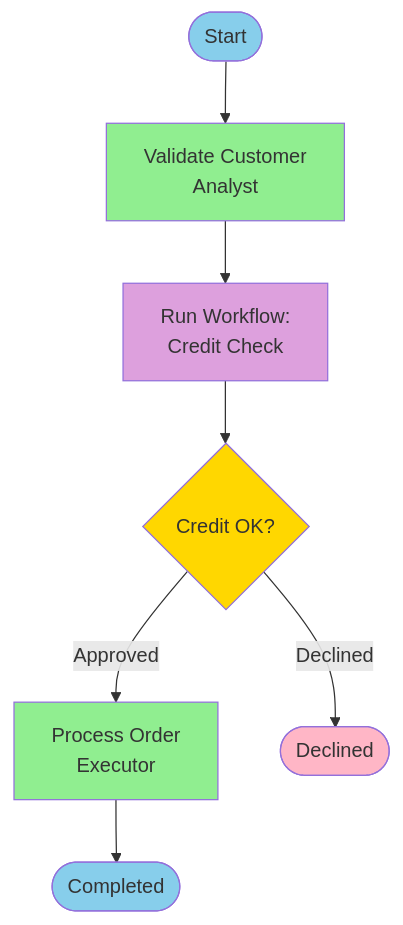
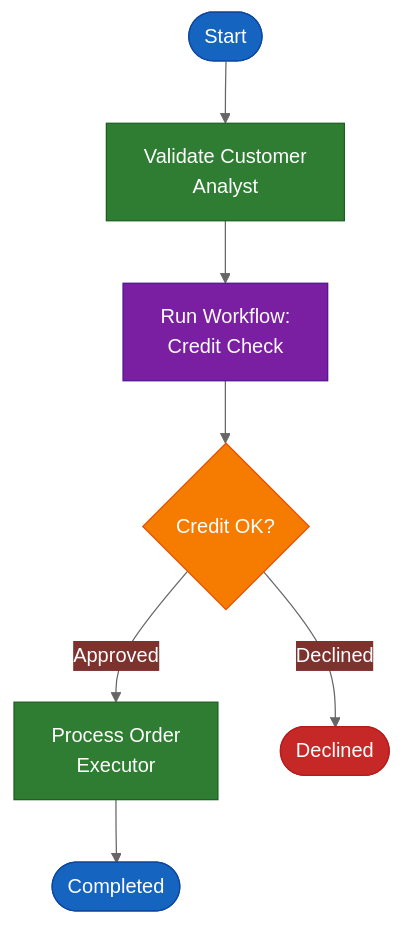
One commit to gcowin/approachable-workflows changed the ninth of 11 diagrams in docs/reference/visual-patterns.md. Above: the diagram before and after it, drawn with Mermaid. The commit also changed other lines of this file and 1 other file, not shown here.

````diff
--- a/docs/reference/visual-patterns.md
+++ b/docs/reference/visual-patterns.md
@@ -361,17 +369,18 @@
 ```mermaid
+%%{init: {'theme':'base', 'themeVariables': {'primaryColor':'#2E7D32','primaryTextColor':'#fff','lineColor':'#666'}}}%%
 graph TD
     Start([Start]) --> A[Validate Customer<br/>Analyst]
     A --> B[Run Workflow:<br/>Credit Check]
     B --> C{Credit OK?}
     C -->|Approved| D[Process Order<br/>Executor]
     C -->|Declined| E([Declined])
     D --> F([Completed])
     
-    style Start fill:#87CEEB
-    style A fill:#90EE90
-    style B fill:#DDA0DD
-    style C fill:#FFD700
-    style D fill:#90EE90
-    style E fill:#FFB6C6
-    style F fill:#87CEEB
+    style Start fill:#1565C0,stroke:#0D47A1,color:#fff
+    style A fill:#2E7D32,stroke:#1B5E20,color:#fff
+    style B fill:#7B1FA2,stroke:#4A148C,color:#fff
+    style C fill:#F57C00,stroke:#E65100,color:#fff
+    style D fill:#2E7D32,stroke:#1B5E20,color:#fff
+    style E fill:#C62828,stroke:#B71C1C,color:#fff
+    style F fill:#1565C0,stroke:#0D47A1,color:#fff
 ```
````
